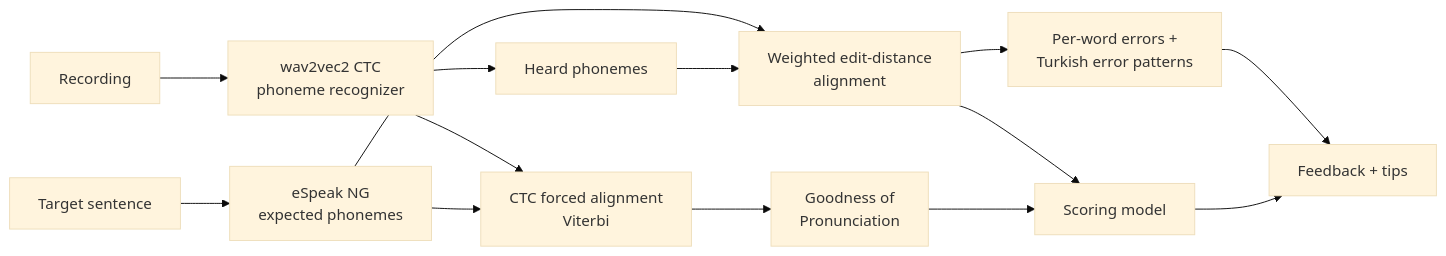
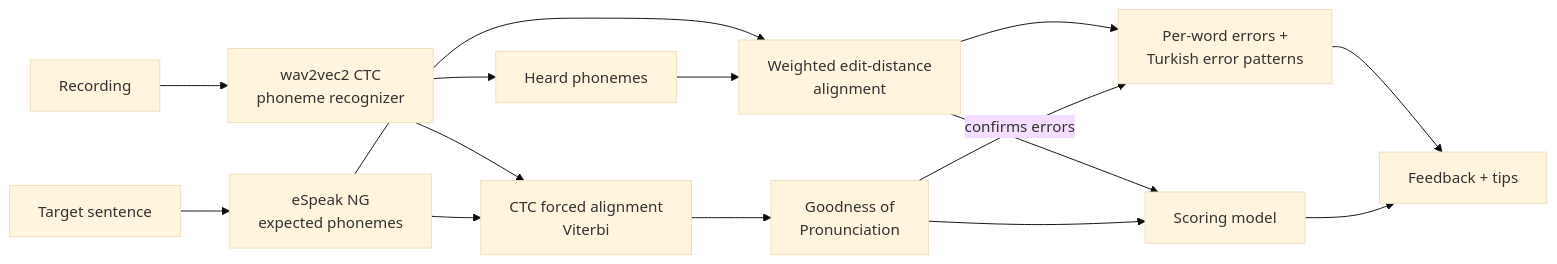
Before and after one commit to DavutKursun/pronunciation-coach: the diagram in README.md, drawn with Mermaid (base theme). The commit also changed other lines of this file and 2 other files, not shown here.

First line of the commit message:
Show GOP-confirmed errors in the app and document the new checks

````diff
--- a/README.md
+++ b/README.md
@@ -30,16 +30,17 @@
 ```mermaid
 flowchart LR
     A[Recording] --> B[wav2vec2 CTC<br/>phoneme recognizer]
     T[Target sentence] --> G[eSpeak NG<br/>expected phonemes]
     B --> H[Heard phonemes]
     G --> AL[Weighted edit-distance<br/>alignment]
     H --> AL
     AL --> F[Per-word errors +<br/>Turkish error patterns]
     B --> FA[CTC forced alignment<br/>Viterbi]
     G --> FA
     FA --> GOP[Goodness of<br/>Pronunciation]
+    GOP -- confirms errors --> F
     AL --> S[Scoring model]
     GOP --> S
     F --> UI[Feedback + tips]
     S --> UI
 ```
````
